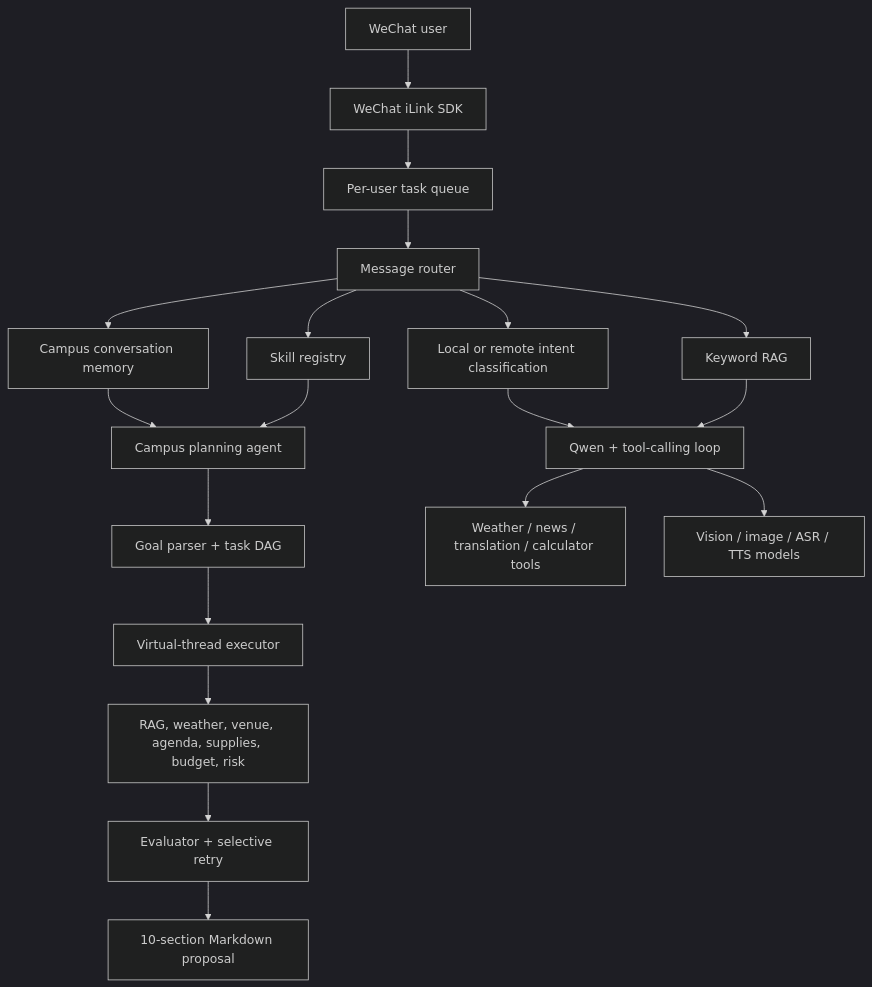
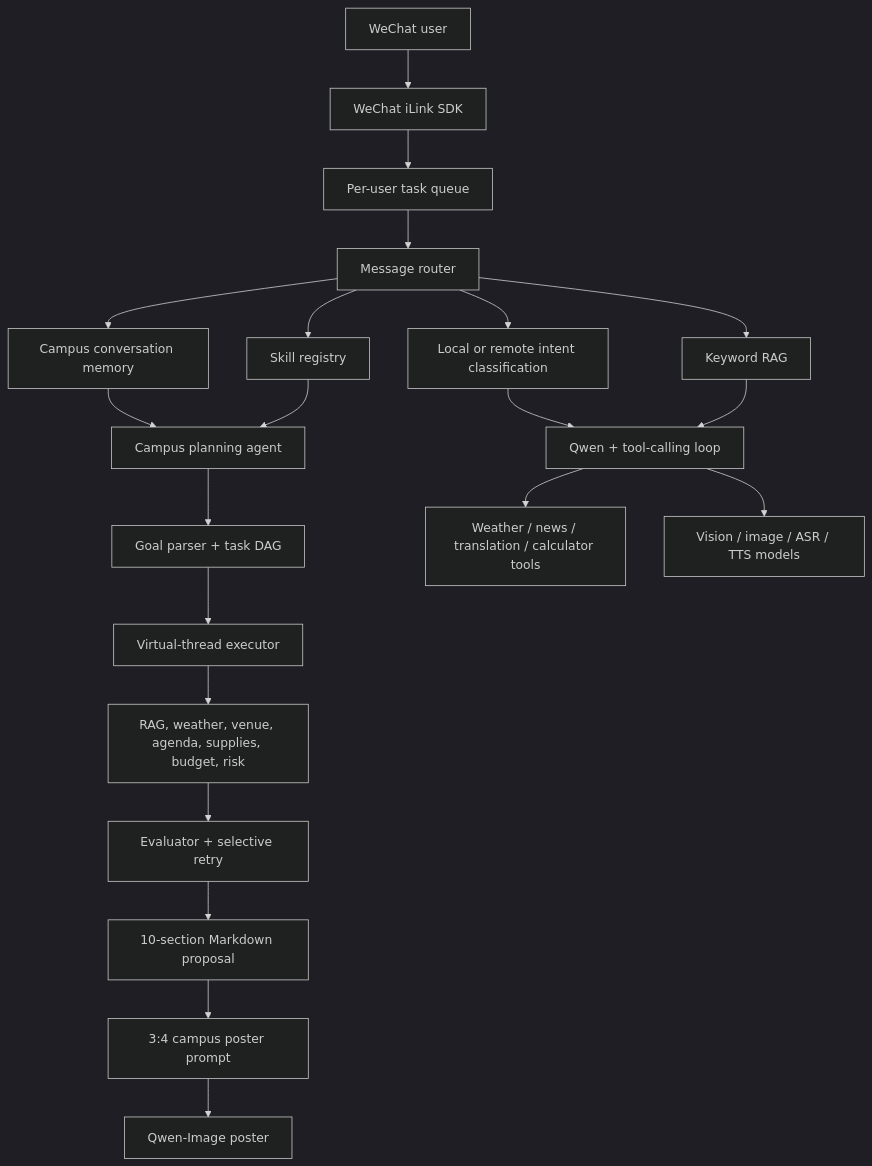
The diagram in README.md (lzynb0206/CampusPilot-AI), drawn with Mermaid (dark theme) before and after one commit. The commit also changed other lines of this file and 19 other files, not shown here.

Commit message:
已完成：现有功能保持不变，校园活动方案生成后，会自动继续生成一张竖版活动海报。 主要效果： 复用现有通义千问 qwen-image-2.0，无需再申请新的 AI Key。 支持科技、运动、演出、通用校园四类基础模板。 自动填写活动名称、日期、时间、学校和场地；缺失信息显示“待定”，不会擅自编造。 微信先发送文字方案，再发送海报。海报失败不会影响方案。 可发送“根据方案生成活动海报”重新生成。 默认尺寸为 1728×2368，接近 3:4 竖版。

````diff
--- a/README.md
+++ b/README.md
@@ -62,25 +64,27 @@
 ```mermaid
 flowchart TB
     U["WeChat user"] --> SDK["WeChat iLink SDK"]
     SDK --> Q["Per-user task queue"]
     Q --> R["Message router"]
 
     R --> C["Campus conversation memory"]
     R --> S["Skill registry"]
     R --> K["Keyword RAG"]
     R --> I["Local or remote intent classification"]
 
     C --> A["Campus planning agent"]
     S --> A
     I --> L["Qwen + tool-calling loop"]
     K --> L
 
     A --> P["Goal parser + task DAG"]
     P --> E["Virtual-thread executor"]
     E --> T["RAG, weather, venue, agenda, supplies, budget, risk"]
     T --> V["Evaluator + selective retry"]
     V --> M["10-section Markdown proposal"]
+    M --> POSTER["3:4 campus poster prompt"]
+    POSTER --> IMG["Qwen-Image poster"]
 
     L --> W["Weather / news / translation / calculator tools"]
     L --> MM["Vision / image / ASR / TTS models"]
 ```
````
